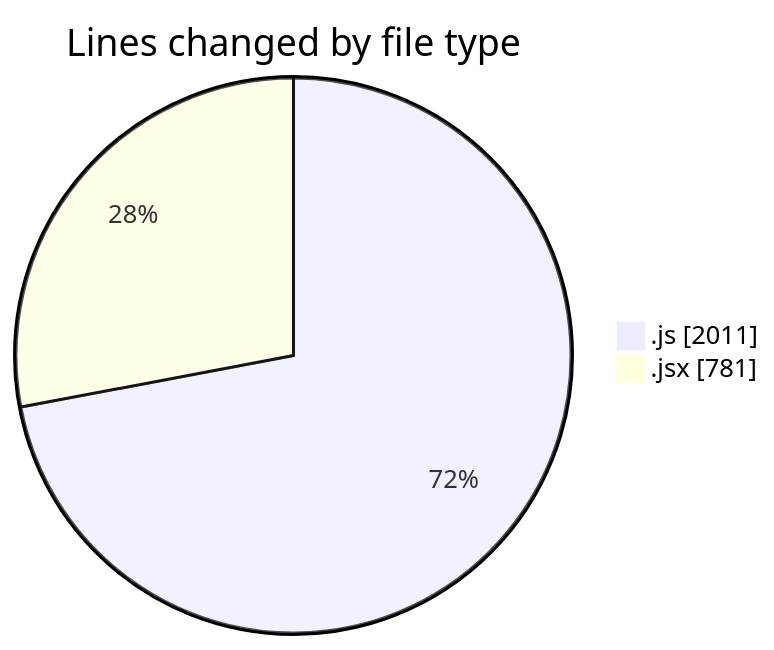
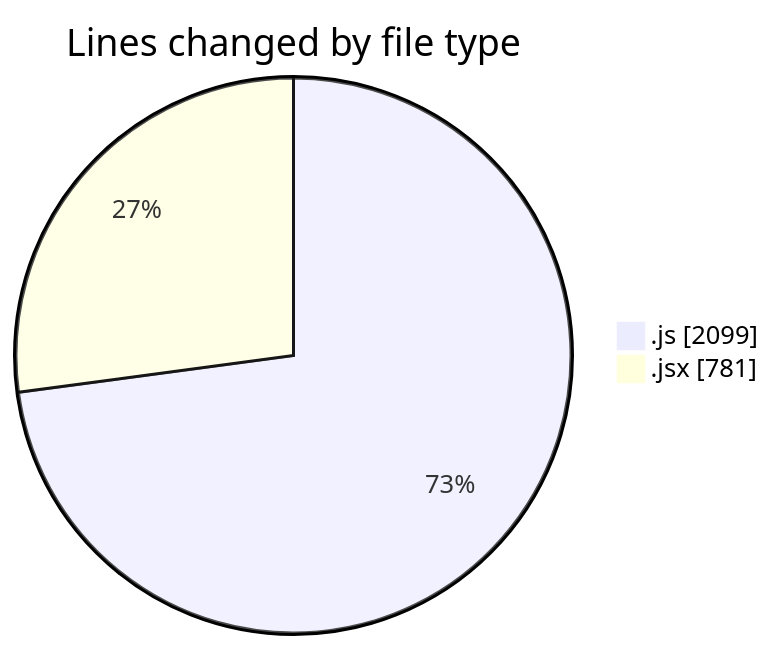
One commit to nxtqubesakshisongat/code-tracking changed the first of 2 diagrams in 2025-09-11/nxtqube_webapp/README.md. Above: the diagram before and after it, drawn with Mermaid. The commit also changed other lines of this file and 1 other file, not shown here.

````diff
--- a/2025-09-11/nxtqube_webapp/README.md
+++ b/2025-09-11/nxtqube_webapp/README.md
@@ -24,6 +24,6 @@
 ```mermaid
 pie showData
 title Lines changed by file type
-".js" : 2011
+".js" : 2099
 ".jsx" : 781
 ```
````
